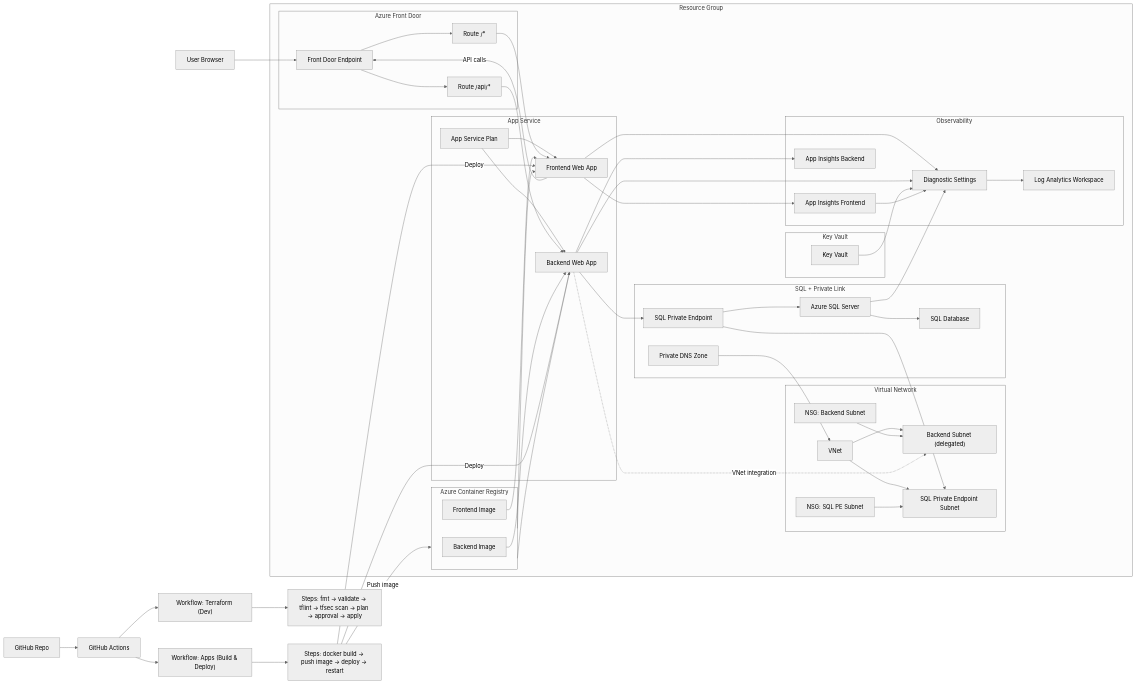
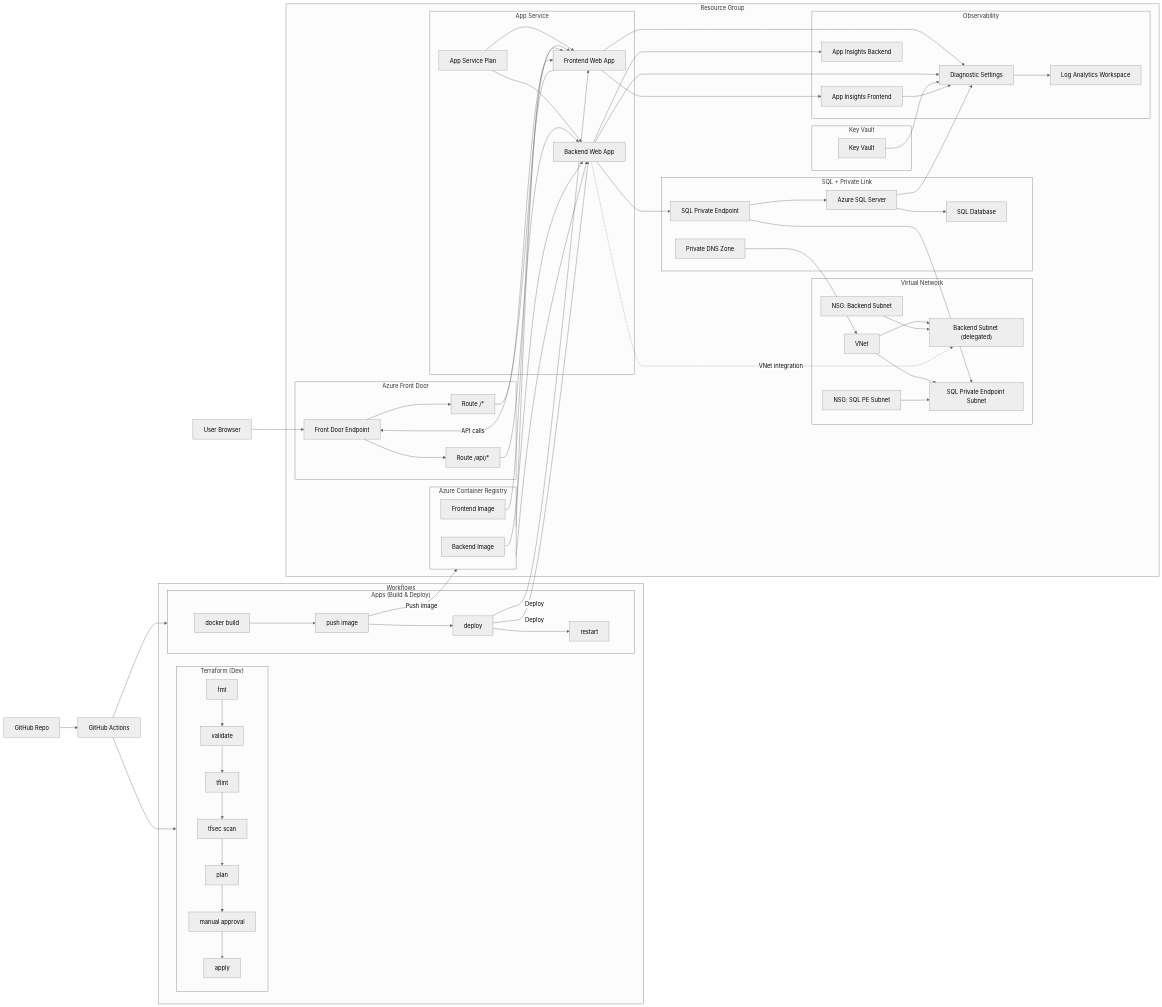
The diagram in docs/architecture.md (samsthomas/azure-3tier-project), drawn with Mermaid (neutral theme) before and after one commit.

Commit message:
more md updates

```diff
--- a/docs/architecture.md
+++ b/docs/architecture.md
@@ -7,10 +7,25 @@
     User[User Browser]
     GitHub[GitHub Repo]
     Actions[GitHub Actions]
-    TFWorkflow["Workflow: Terraform (Dev)"]
-    AppsWorkflow["Workflow: Apps (Build & Deploy)"]
-    TFSteps["Steps: fmt → validate → tflint → tfsec scan → plan → approval → apply"]
-    AppsSteps["Steps: docker build → push image → deploy → restart"]
+    subgraph Workflows["Workflows"]
+        subgraph TFWorkflow["Terraform (Dev)"]
+            TFFmt[fmt]
+            TFValidate[validate]
+            TFTFLint[tflint]
+            TFTFSec[tfsec scan]
+            TFPlan[plan]
+            TFApprove[manual approval]
+            TFApply[apply]
+            TFFmt --> TFValidate --> TFTFLint --> TFTFSec --> TFPlan --> TFApprove --> TFApply
+        end
+        subgraph AppsWorkflow["Apps (Build & Deploy)"]
+            Build[docker build]
+            Push[push image]
+            Deploy[deploy]
+            Restart[restart]
+            Build --> Push --> Deploy --> Restart
+        end
+    end
 
     subgraph RG["Resource Group"]
         subgraph FD["Azure Front Door"]
@@ -85,11 +100,9 @@
     GitHub --> Actions
     Actions --> TFWorkflow
     Actions --> AppsWorkflow
-    TFWorkflow --> TFSteps
-    AppsWorkflow --> AppsSteps
-    AppsSteps -->|Push image| ACR
-    AppsSteps -->|Deploy| FEApp
-    AppsSteps -->|Deploy| BEApp
+    Push -->|Push image| ACR
+    Deploy -->|Deploy| FEApp
+    Deploy -->|Deploy| BEApp
 
     FEApp --> AIFe
     BEApp --> AIBE
```
